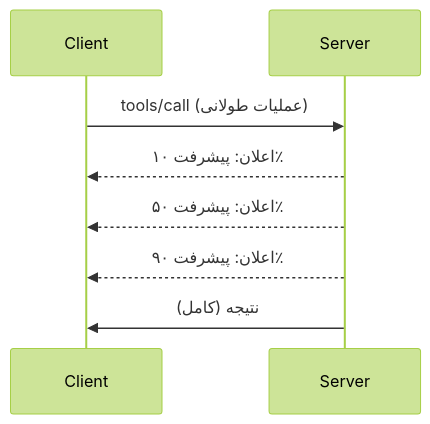
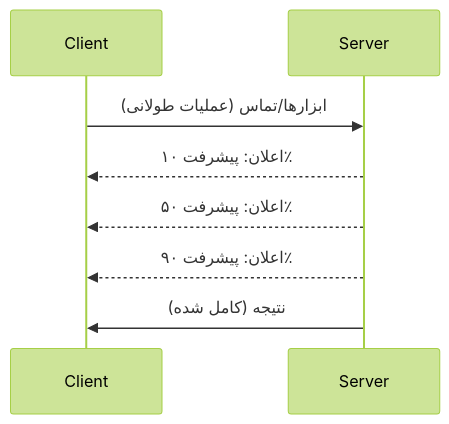
Before and after one commit to HIDORAKAI002/ai-workspace-archive: the diagram in mcp_ecosystem__model_context_protocol/mcp_learning_resources/mcp-for-beginners/translations/fa/05-AdvancedTopics/mcp-protocol-features/README.md, drawn with Mermaid (forest theme). The commit also changed other lines of this file and 1046 other files, not shown here.

````diff
--- a/mcp_ecosystem__model_context_protocol/mcp_learning_resources/mcp-for-beginners/translations/fa/05-AdvancedTopics/mcp-protocol-features/README.md
+++ b/mcp_ecosystem__model_context_protocol/mcp_learning_resources/mcp-for-beginners/translations/fa/05-AdvancedTopics/mcp-protocol-features/README.md
@@ -22,11 +24,11 @@
 ```mermaid
 sequenceDiagram
     participant Client
     participant Server
     
-    Client->>Server: tools/call (عملیات طولانی)
+    Client->>Server: ابزارها/تماس (عملیات طولانی)
     Server-->>Client: اعلان: پیشرفت ۱۰٪
     Server-->>Client: اعلان: پیشرفت ۵۰٪
     Server-->>Client: اعلان: پیشرفت ۹۰٪
-    Server->>Client: نتیجه (کامل)
-```  
+    Server->>Client: نتیجه (کامل شده)
+```
````
